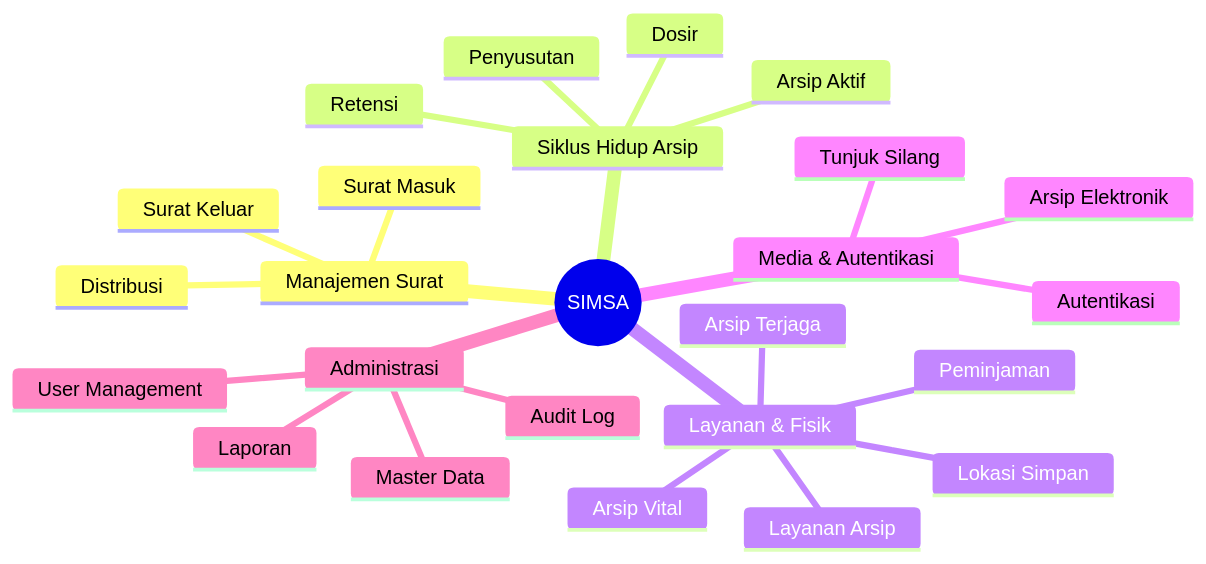
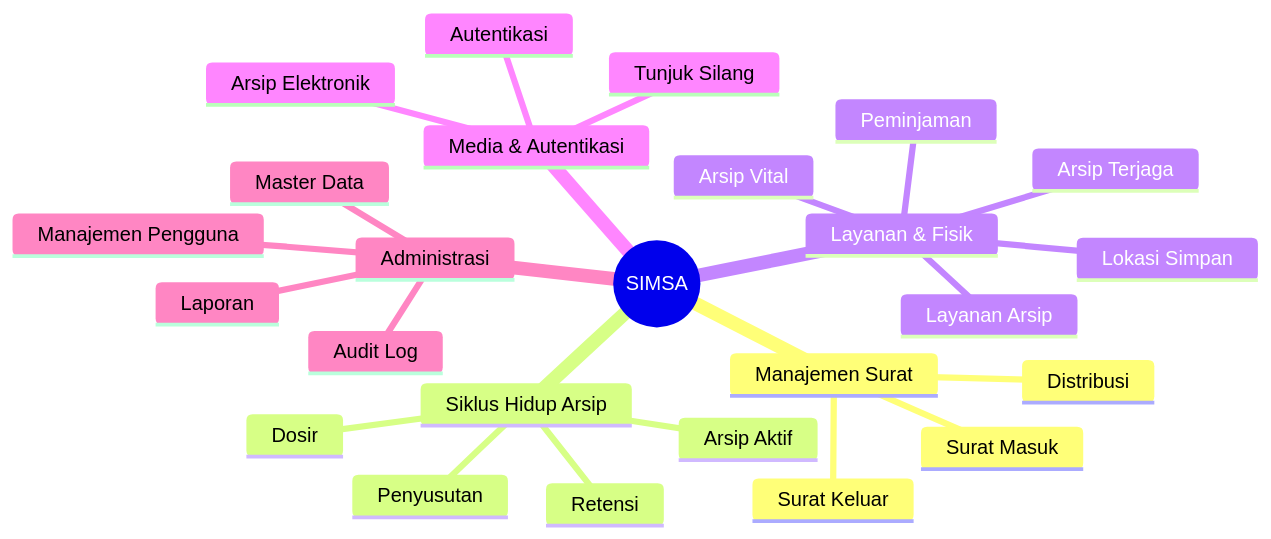
Before and after one commit to bayilaras/simsa-atrbpn: the first of 9 diagrams in PANDUAN_PENGGUNAAN_SIMSA.md, drawn with Mermaid. The commit also changed other lines of this file, not shown here.

````diff
--- a/PANDUAN_PENGGUNAAN_SIMSA.md
+++ b/PANDUAN_PENGGUNAAN_SIMSA.md
@@ -56,28 +57,28 @@
 ```mermaid
 mindmap
   root((SIMSA))
     Manajemen Surat
       Surat Masuk
       Surat Keluar
       Distribusi
     Siklus Hidup Arsip
       Arsip Aktif
       Dosir
       Retensi
       Penyusutan
     Layanan & Fisik
       Layanan Arsip
       Peminjaman
       Lokasi Simpan
       Arsip Vital
       Arsip Terjaga
     Media & Autentikasi
       Arsip Elektronik
       Autentikasi
       Tunjuk Silang
     Administrasi
       Laporan
       Audit Log
-      User Management
+      Manajemen Pengguna
       Master Data
 ```
````
